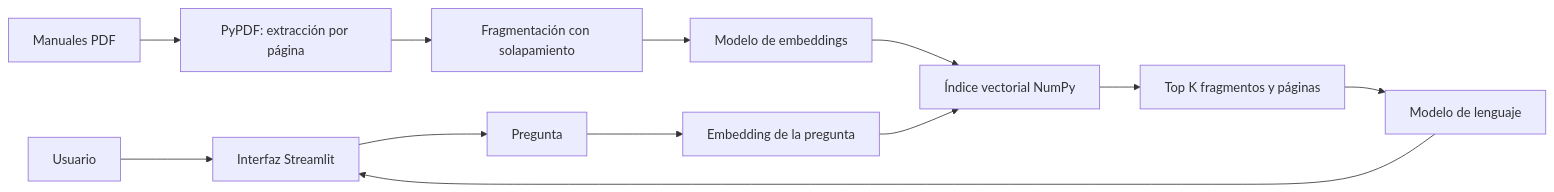
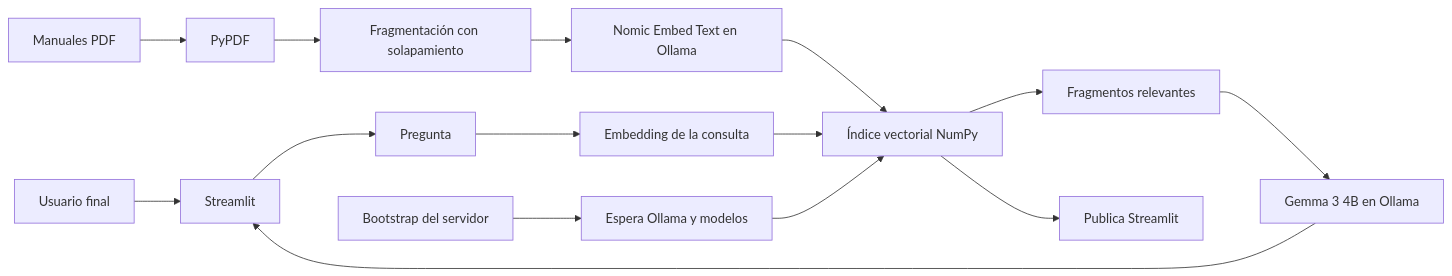
One commit to Mbenitez717/challenge_agent_Mbenitez717 changed the diagram in README.md. Above: the diagram before and after it, drawn with Mermaid. The commit also changed other lines of this file and 7 other files, not shown here.

````diff
--- a/README.md
+++ b/README.md
@@ -26,14 +46,20 @@
 ```mermaid
 flowchart LR
-    U["Usuario"] --> UI["Interfaz Streamlit"]
+    U["Usuario final"] --> UI["Streamlit"]
     UI --> Q["Pregunta"]
-    PDF["Manuales PDF"] --> P["PyPDF: extracción por página"]
+
+    PDF["Manuales PDF"] --> P["PyPDF"]
     P --> C["Fragmentación con solapamiento"]
-    C --> E["Modelo de embeddings"]
-    E --> IDX["Índice vectorial NumPy"]
-    Q --> QE["Embedding de la pregunta"]
+    C --> EM["Nomic Embed Text en Ollama"]
+    EM --> IDX["Índice vectorial NumPy"]
+
+    Q --> QE["Embedding de la consulta"]
     QE --> IDX
-    IDX --> K["Top K fragmentos y páginas"]
-    K --> LLM["Modelo de lenguaje"]
+    IDX --> R["Fragmentos relevantes"]
+    R --> LLM["Gemma 3 4B en Ollama"]
     LLM --> UI
+
+    B["Bootstrap del servidor"] --> O["Espera Ollama y modelos"]
+    O --> IDX
+    IDX --> S["Publica Streamlit"]
 ```
````
